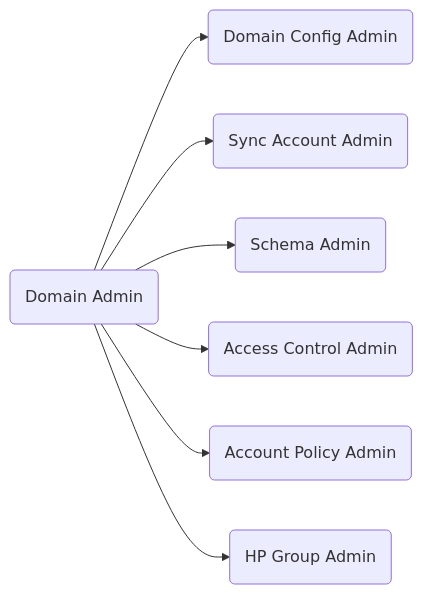
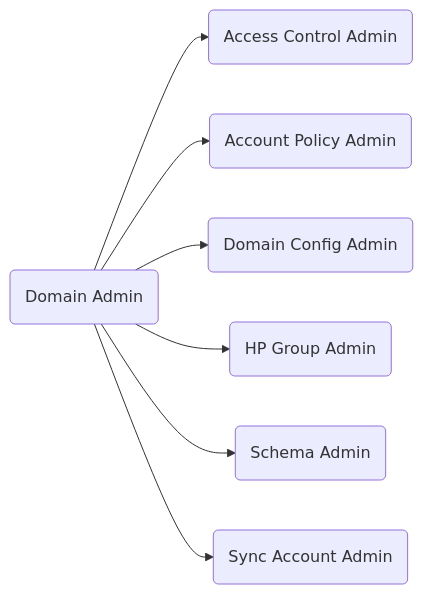
One commit to kanidm/kanidm changed the first of 12 diagrams in book/src/developers/designs/access_control_defaults.md. Above: the diagram before and after it, drawn with Mermaid. The commit also changed other lines of this file, not shown here.

````diff
--- a/book/src/developers/designs/access_control_defaults.md
+++ b/book/src/developers/designs/access_control_defaults.md
@@ -5,10 +5,10 @@
 ```mermaid
 graph LR
 
-DomainAdmin("Domain Admin") --> DomainConfigAdmin("Domain Config Admin")
-DomainAdmin("Domain Admin") --> SyncAccountAdmin("Sync Account Admin")
-DomainAdmin("Domain Admin") --> SchemaAdmin("Schema Admin")
 DomainAdmin("Domain Admin") --> AccessControlAdmin("Access Control Admin")
 DomainAdmin("Domain Admin") --> AccountPolicyAdmin("Account Policy Admin")
+DomainAdmin("Domain Admin") --> DomainConfigAdmin("Domain Config Admin")
 DomainAdmin("Domain Admin") --> HPGroupAdmin("HP Group Admin")
+DomainAdmin("Domain Admin") --> SchemaAdmin("Schema Admin")
+DomainAdmin("Domain Admin") --> SyncAccountAdmin("Sync Account Admin")
 ```
````
